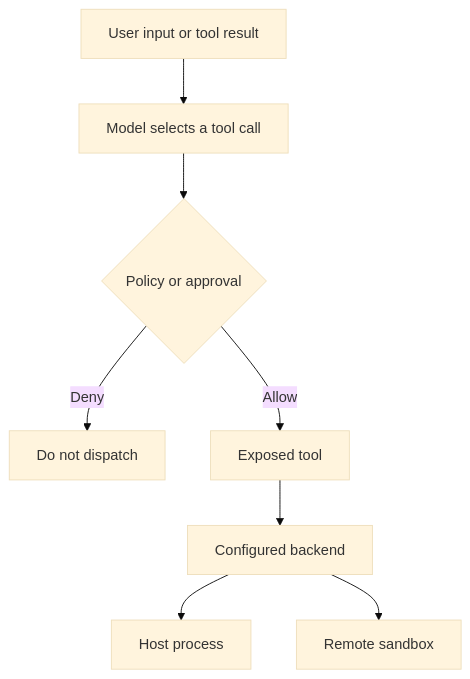
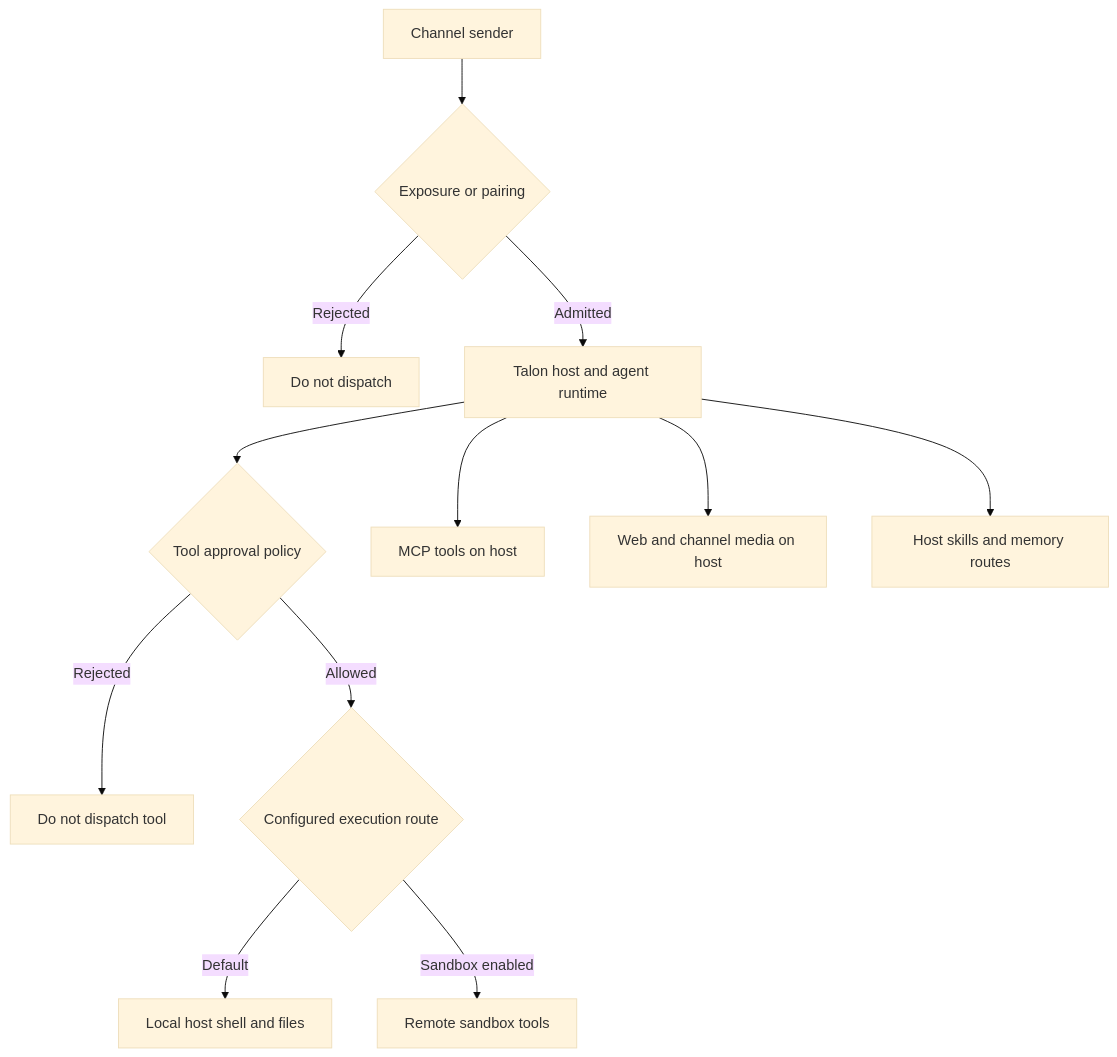
One commit to langchain-ai/deepagents changed the diagram in openwiki/operations/security.md. Above: the diagram before and after it, drawn with Mermaid (base theme). The commit also changed other lines of this file and 28 other files, not shown here.

````diff
--- a/openwiki/operations/security.md
+++ b/openwiki/operations/security.md
@@ -47,10 +51,14 @@
 ```mermaid
 flowchart TD
-    Input["User input or tool result"] --> Model["Model selects a tool call"]
-    Model --> Gate{"Policy or approval"}
-    Gate -->|"Deny"| Stop["Do not dispatch"]
-    Gate -->|"Allow"| Tool["Exposed tool"]
-    Tool --> Backend["Configured backend"]
-    Backend --> Host["Host process"]
-    Backend --> Sandbox["Remote sandbox"]
+    Sender["Channel sender"] --> Admission{"Exposure or pairing"}
+    Admission -->|"Rejected"| Drop["Do not dispatch"]
+    Admission -->|"Admitted"| Host["Talon host and agent runtime"]
+    Host --> Approval{"Tool approval policy"}
+    Approval -->|"Rejected"| Stop["Do not dispatch tool"]
+    Approval -->|"Allowed"| Route{"Configured execution route"}
+    Route -->|"Default"| Local["Local host shell and files"]
+    Route -->|"Sandbox enabled"| Remote["Remote sandbox tools"]
+    Host --> MCP["MCP tools on host"]
+    Host --> Web["Web and channel media on host"]
+    Host --> Memory["Host skills and memory routes"]
 ```
````
